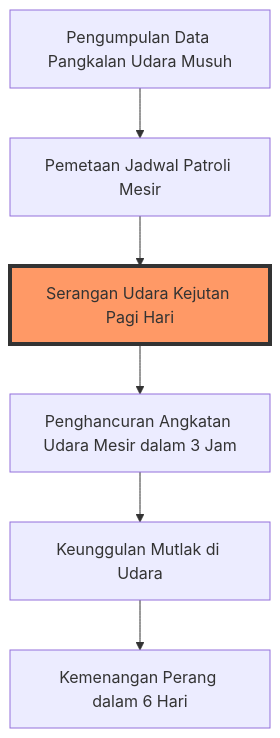
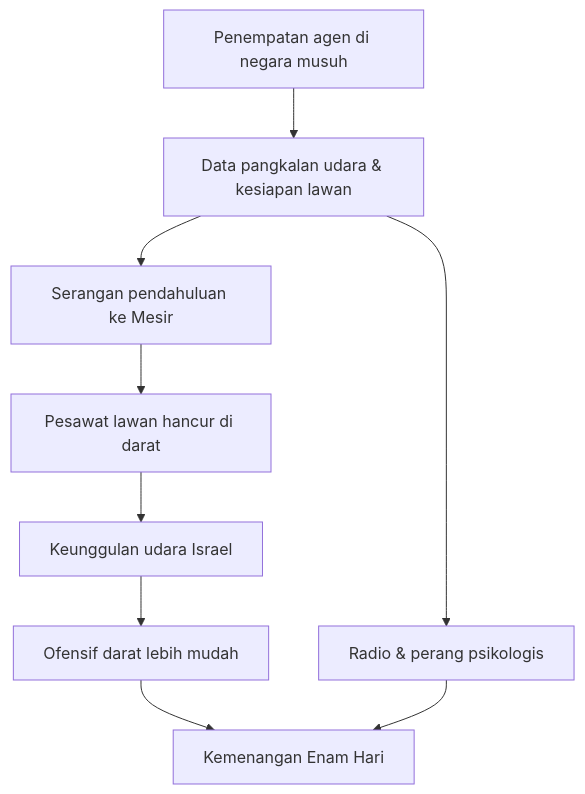
One commit to dwirx/BangunAI-Blog changed the third of 5 diagrams in src/content/articles/mossad-sejarah-rahasia-intelijen-israel.mdx. Above: the diagram before and after it, drawn with Mermaid. The commit also changed other lines of this file, not shown here.

````diff
--- a/src/content/articles/mossad-sejarah-rahasia-intelijen-israel.mdx
+++ b/src/content/articles/mossad-sejarah-rahasia-intelijen-israel.mdx
@@ -55,9 +202,11 @@
 ```mermaid
 graph TD
-    A[Pengumpulan Data Pangkalan Udara Musuh] --> B[Pemetaan Jadwal Patroli Mesir]
-    B --> C[Serangan Udara Kejutan Pagi Hari]
-    C --> D[Penghancuran Angkatan Udara Mesir dalam 3 Jam]
-    D --> E[Keunggulan Mutlak di Udara]
-    E --> F[Kemenangan Perang dalam 6 Hari]
-    style C fill:#f96,stroke:#333,stroke-width:4px
+    A[Penempatan agen di negara musuh] --> B[Data pangkalan udara & kesiapan lawan]
+    B --> C[Serangan pendahuluan ke Mesir]
+    C --> D[Pesawat lawan hancur di darat]
+    D --> E[Keunggulan udara Israel]
+    E --> F[Ofensif darat lebih mudah]
+    F --> G[Kemenangan Enam Hari]
+    B --> H[Radio & perang psikologis]
+    H --> G
 ```
````
